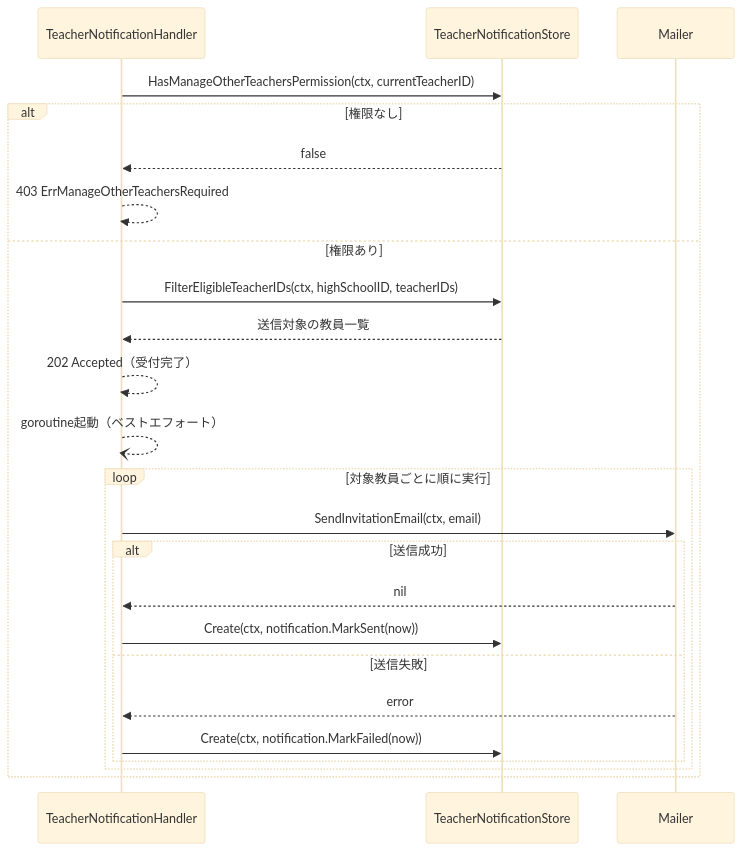
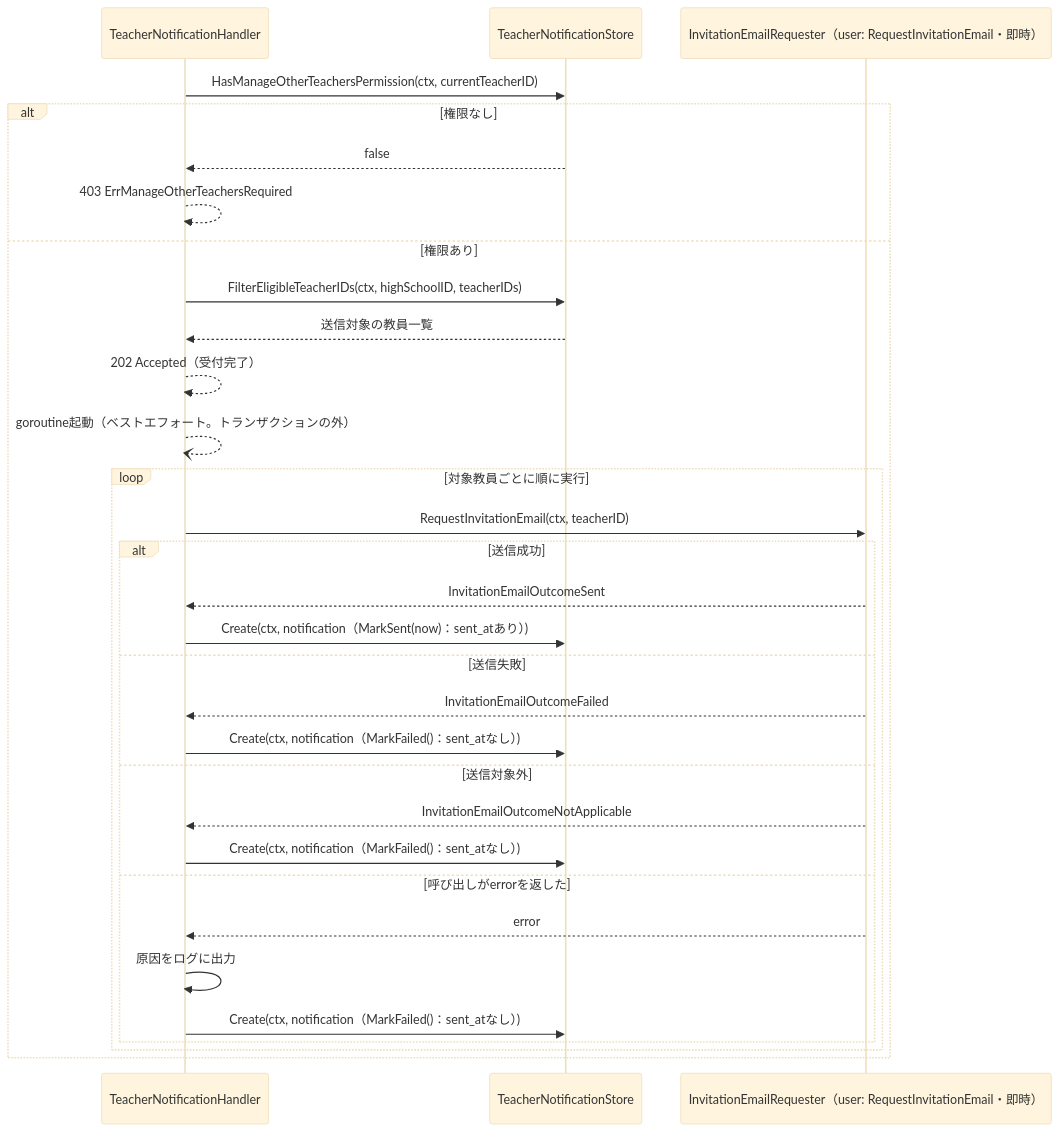
One commit to yuta20253/edu-platform-go-design changed the second of 2 diagrams in 計画書/Go実装仕様書/教員招待通知機能_Go実装仕様書.md. Above: the diagram before and after it, drawn with Mermaid (base theme). The commit also changed other lines of this file and 34 other files, not shown here.

````diff
--- a/計画書/Go実装仕様書/教員招待通知機能_Go実装仕様書.md
+++ b/計画書/Go実装仕様書/教員招待通知機能_Go実装仕様書.md
@@ -169,27 +187,34 @@
 ```mermaid
 sequenceDiagram
     participant H as TeacherNotificationHandler
     participant S as TeacherNotificationStore
-    participant M as Mailer
+    participant R as InvitationEmailRequester（user: RequestInvitationEmail・即時）
 
     H->>S: HasManageOtherTeachersPermission(ctx, currentTeacherID)
     alt 権限なし
         S-->>H: false
         H-->>H: 403 ErrManageOtherTeachersRequired
     else 権限あり
         H->>S: FilterEligibleTeacherIDs(ctx, highSchoolID, teacherIDs)
         S-->>H: 送信対象の教員一覧
         H-->>H: 202 Accepted（受付完了）
-        H--)H: goroutine起動（ベストエフォート）
+        H--)H: goroutine起動（ベストエフォート。トランザクションの外）
         loop 対象教員ごとに順に実行
-            H->>M: SendInvitationEmail(ctx, email)
+            H->>R: RequestInvitationEmail(ctx, teacherID)
             alt 送信成功
-                M-->>H: nil
-                H->>S: Create(ctx, notification.MarkSent(now))
+                R-->>H: InvitationEmailOutcomeSent
+                H->>S: Create(ctx, notification（MarkSent(now)：sent_atあり）)
             else 送信失敗
-                M-->>H: error
-                H->>S: Create(ctx, notification.MarkFailed(now))
+                R-->>H: InvitationEmailOutcomeFailed
+                H->>S: Create(ctx, notification（MarkFailed()：sent_atなし）)
+            else 送信対象外
+                R-->>H: InvitationEmailOutcomeNotApplicable
+                H->>S: Create(ctx, notification（MarkFailed()：sent_atなし）)
+            else 呼び出しがerrorを返した
+                R-->>H: error
+                H->>H: 原因をログに出力
+                H->>S: Create(ctx, notification（MarkFailed()：sent_atなし）)
             end
         end
     end
 ```
````
